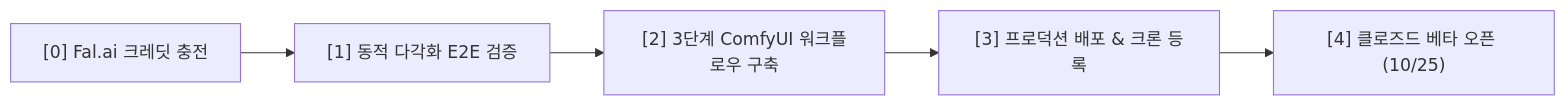
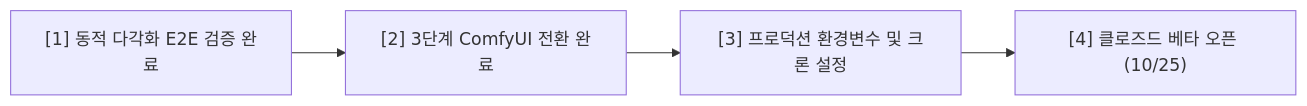
Before and after one commit to Ae-Ti/Sharktoon: the diagram in docs/2026-10-12_작업내역과_다음순서_태일.md, drawn with Mermaid. The commit also changed other lines of this file and 19 other files, not shown here.

Commit message:
feat: ComfyUI 워크플로우 전환, 스마트 배치 및 에디터 강화, 스타일 6종 확장, 장문/카톡 각색 엔진 구현

````diff
--- a/docs/2026-10-12_작업내역과_다음순서_태일.md
+++ b/docs/2026-10-12_작업내역과_다음순서_태일.md
@@ -100,7 +151,6 @@
 ```mermaid
 flowchart LR
-    Step0["[0] Fal.ai 크레딧 충전"] --> Step1["[1] 동적 다각화 E2E 검증"]
-    Step1 --> Step2["[2] 3단계 ComfyUI 워크플로우 구축"]
-    Step2 --> Step3["[3] 프로덕션 배포 & 크론 등록"]
+    Step1["[1] 동적 다각화 E2E 검증 완료"] --> Step2["[2] 3단계 ComfyUI 전환 완료"]
+    Step2 --> Step3["[3] 프로덕션 환경변수 및 크론 설정"]
     Step3 --> Step4["[4] 클로즈드 베타 오픈 (10/25)"]
 ```
````
